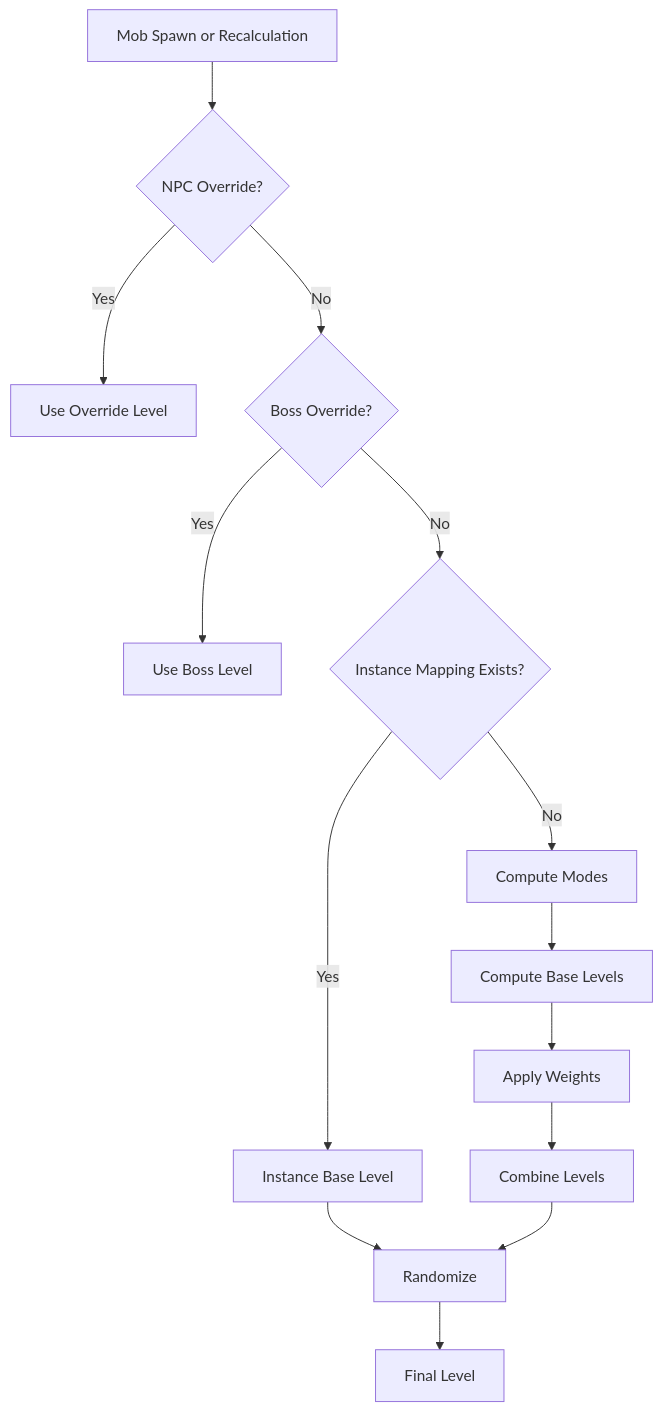
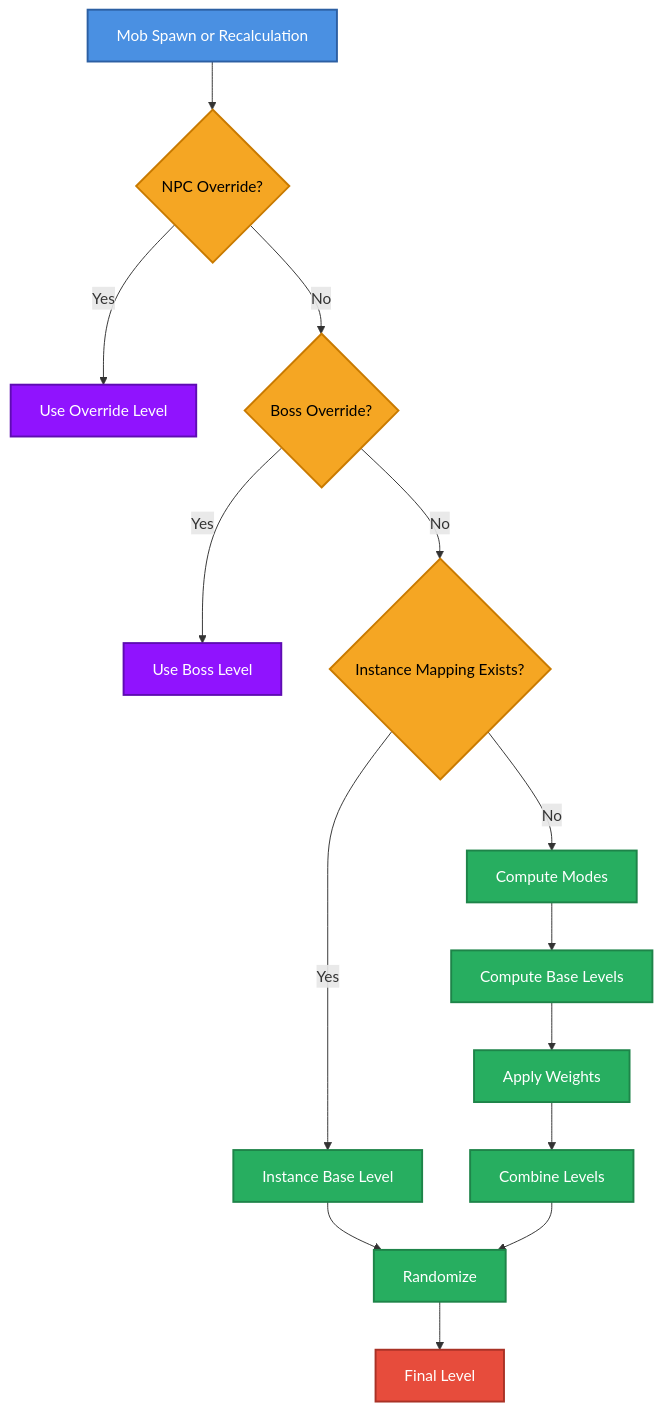
One commit to AzureDoom/LevelingCore changed the diagram in docs/gameplay/mob-leveling/mob-leveling-overview.md. Above: the diagram before and after it, drawn with Mermaid.

````diff
--- a/docs/gameplay/mob-leveling/mob-leveling-overview.md
+++ b/docs/gameplay/mob-leveling/mob-leveling-overview.md
@@ -12,20 +12,34 @@
 ```mermaid
 flowchart TD
     A[Mob Spawn or Recalculation] --> B{NPC Override?}
     B -- Yes --> B1[Use Override Level]
     B -- No --> C{Boss Override?}
     C -- Yes --> C1[Use Boss Level]
     C -- No --> D{Instance Mapping Exists?}
 
     D -- Yes --> D1[Instance Base Level]
     D -- No --> E[Compute Modes]
 
     E --> F[Compute Base Levels]
     F --> G[Apply Weights]
     G --> H[Combine Levels]
 
     D1 --> I[Randomize]
     H --> I
 
     I --> L[Final Level]
+
+    %% Classes
+    classDef start fill:#4A90E2,color:#fff,stroke:#2C5FA3,stroke-width:2px;
+    classDef decision fill:#F5A623,color:#000,stroke:#C97A00,stroke-width:2px;
+    classDef override fill:#9013FE,color:#fff,stroke:#5E0CB2,stroke-width:2px;
+    classDef compute fill:#27AE60,color:#fff,stroke:#1E8449,stroke-width:2px;
+    classDef final fill:#E74C3C,color:#fff,stroke:#A93226,stroke-width:2px;
+
+    %% Apply classes
+    class A start;
+    class B,C,D decision;
+    class B1,C1 override;
+    class E,F,G,H,D1,I compute;
+    class L final;
 ```
````
